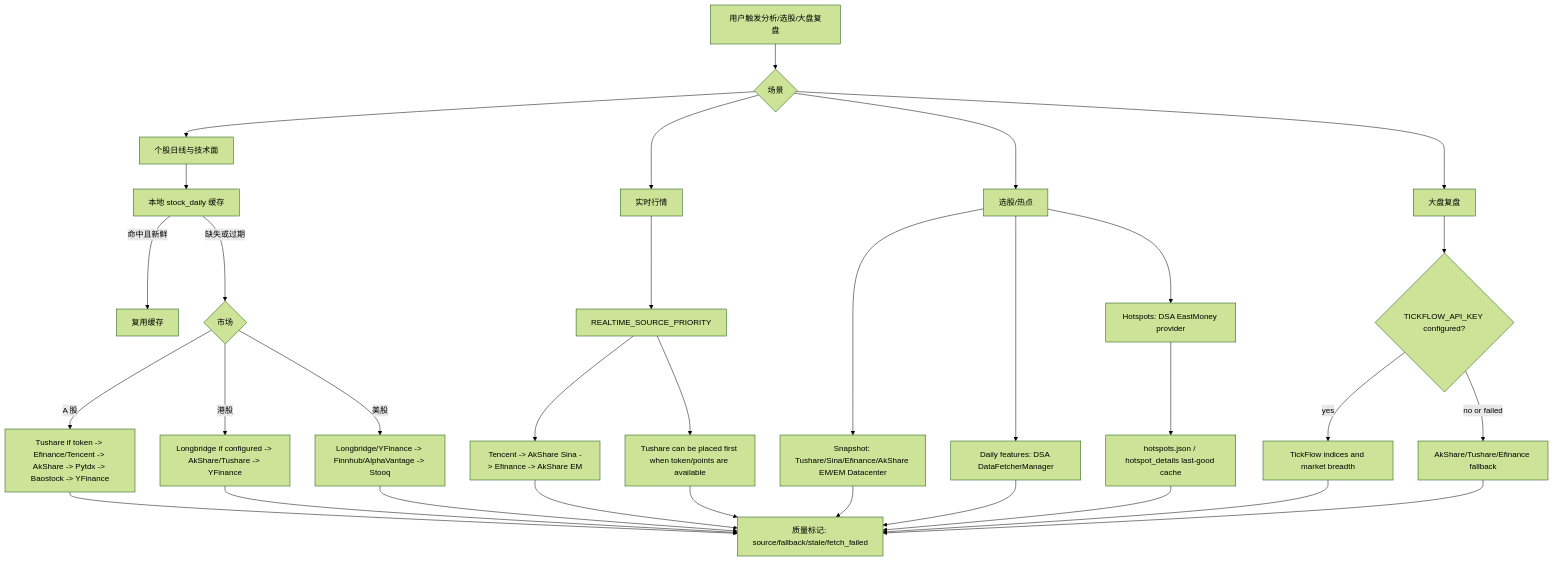
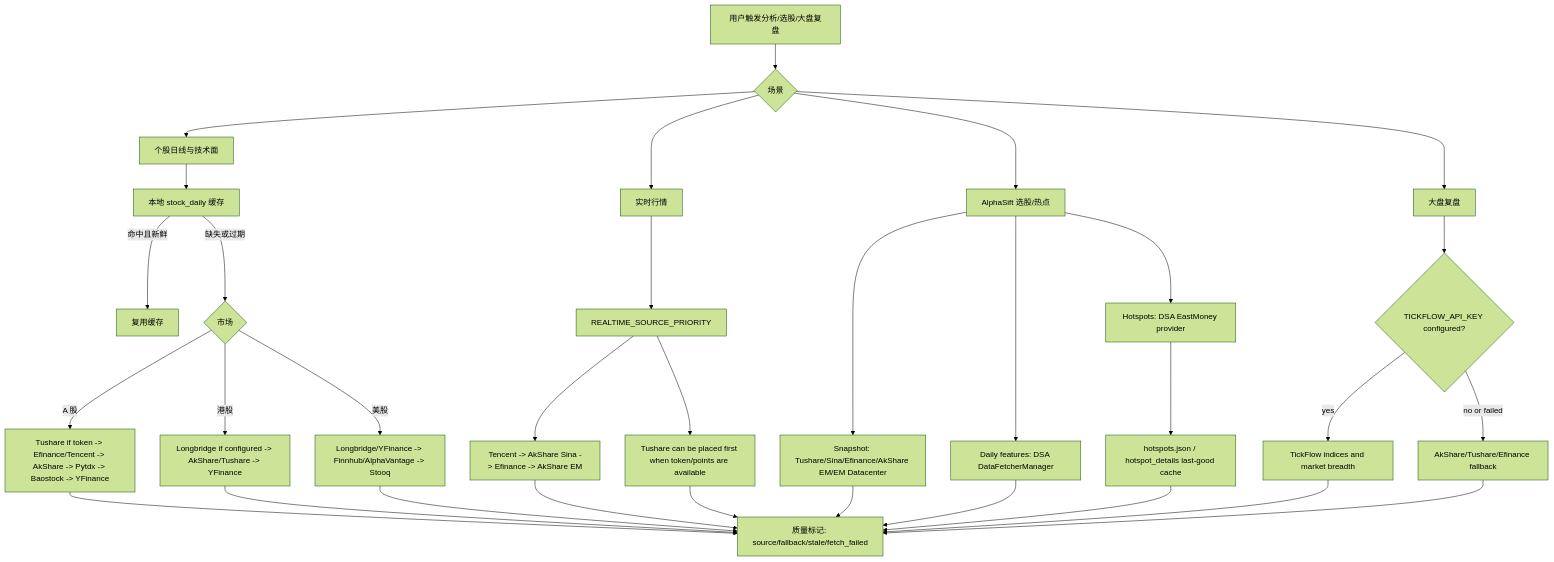
Before and after one commit to GuaPiGua/daily_stock_analysis: the first of 3 diagrams in docs/data-source-stability.md, drawn with Mermaid (forest theme). The commit also changed other lines of this file and 404 other files, not shown here.

````diff
--- a/docs/data-source-stability.md
+++ b/docs/data-source-stability.md
@@ -30,40 +30,40 @@
 ```mermaid
 flowchart TD
     Q[用户触发分析/选股/大盘复盘] --> S{场景}
 
     S --> D[个股日线与技术面]
     S --> R[实时行情]
-    S --> A[选股/热点]
+    S --> A[AlphaSift 选股/热点]
     S --> M[大盘复盘]
 
     D --> C[本地 stock_daily 缓存]
     C -->|命中且新鲜| COK[复用缓存]
     C -->|缺失或过期| DM{市场}
     DM -->|A 股| CN[Tushare if token -> Efinance/Tencent -> AkShare -> Pytdx -> Baostock -> YFinance]
     DM -->|港股| HK[Longbridge if configured -> AkShare/Tushare -> YFinance]
     DM -->|美股| US[Longbridge/YFinance -> Finnhub/AlphaVantage -> Stooq]
 
     R --> RP[REALTIME_SOURCE_PRIORITY]
     RP --> RS[Tencent -> AkShare Sina -> Efinance -> AkShare EM]
     RP --> RT[Tushare can be placed first when token/points are available]
 
     A --> AS[Snapshot: Tushare/Sina/Efinance/AkShare EM/EM Datacenter]
     A --> AD[Daily features: DSA DataFetcherManager]
     A --> AH[Hotspots: DSA EastMoney provider]
     AH --> AC[hotspots.json / hotspot_details last-good cache]
 
     M --> TF{TICKFLOW_API_KEY configured?}
     TF -->|yes| TFM[TickFlow indices and market breadth]
     TF -->|no or failed| MF[AkShare/Tushare/Efinance fallback]
 
     CN --> QL[质量标记: source/fallback/stale/fetch_failed]
     HK --> QL
     US --> QL
     RS --> QL
     RT --> QL
     AS --> QL
     AD --> QL
     AC --> QL
     TFM --> QL
     MF --> QL
 ```
````
